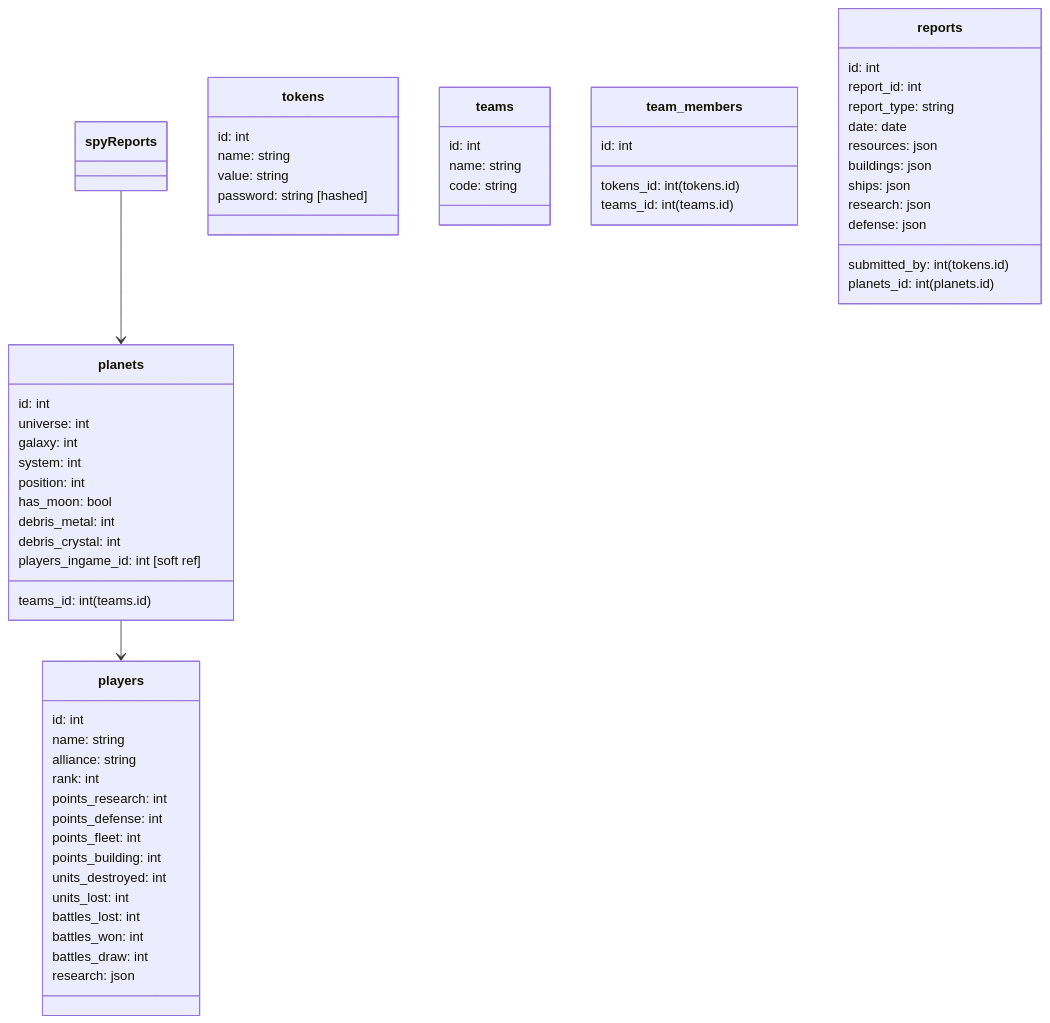
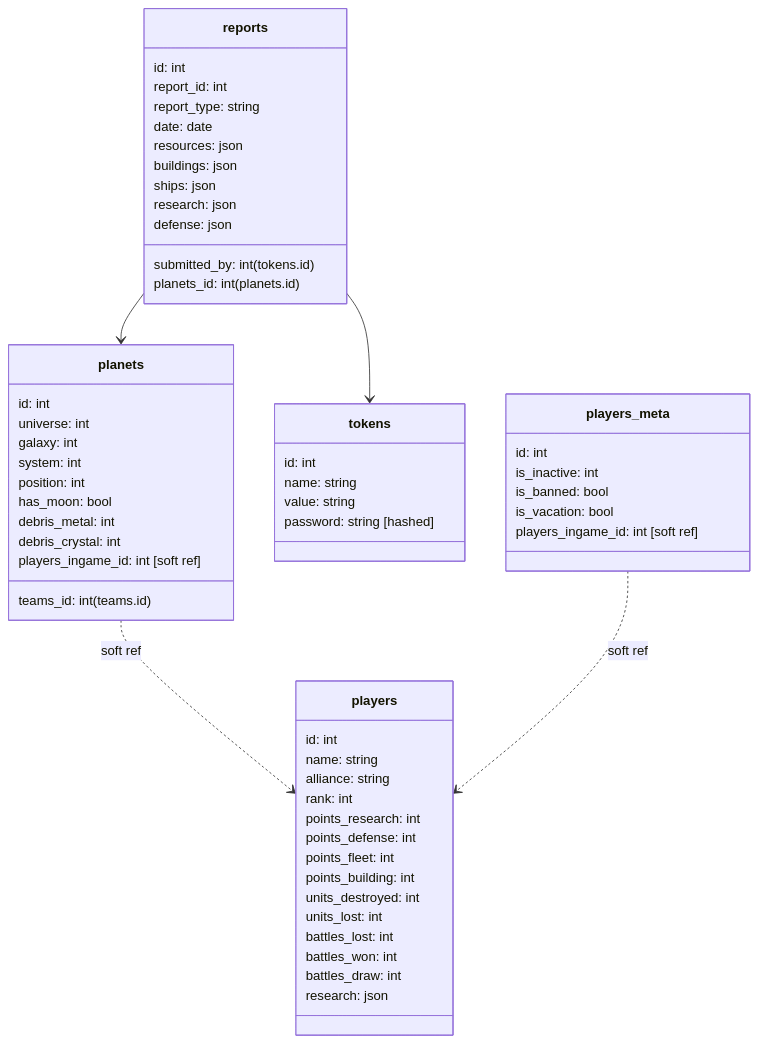
The diagram in readme.md (anoff/teamview), drawn with Mermaid before and after one commit. The commit also changed 5 other files, not shown here.

Commit message:
cleanup db script, add players_meta table

````diff
--- a/readme.md
+++ b/readme.md
@@ -32,62 +32,62 @@
 ```mermaid
 classDiagram
-  planets --> players
-  spyReports --> planets
+  planets ..> players: soft ref
+  reports --> planets
+  reports --> tokens
+  players_meta ..> players: soft ref
+
   class tokens {
     id: int
     name: string
     value: string
     password: string [hashed]
   }
-  class teams {
+  class players_meta {
     id: int
-    name: string
-    code: string
-  }
-  class team_members {
-    id: int
-    tokens_id: int (tokens.id)
-    teams_id: int (teams.id)
+    is_inactive: int
+    is_banned: bool
+    is_vacation: bool
+    players_ingame_id: int [soft ref]
   }
   class planets {
     id: int
     universe: int
     galaxy: int
     system: int
     position: int
     has_moon: bool
     debris_metal: int
     debris_crystal: int
     teams_id: int (teams.id)
     players_ingame_id: int [soft ref]
   }
   class reports {
     id: int
     report_id: int
     report_type: string
     date: date
     resources: json
     buildings: json
     ships: json
     research: json
     defense: json
     submitted_by: int (tokens.id)
     planets_id: int (planets.id)
   }
   class players {
     id: int
     name: string
     alliance: string
     rank: int
     points_research: int
     points_defense: int
     points_fleet: int
     points_building: int
     units_destroyed: int
     units_lost: int
     battles_lost: int
     battles_won: int
     battles_draw: int
     research: json
   }
 ```
````
